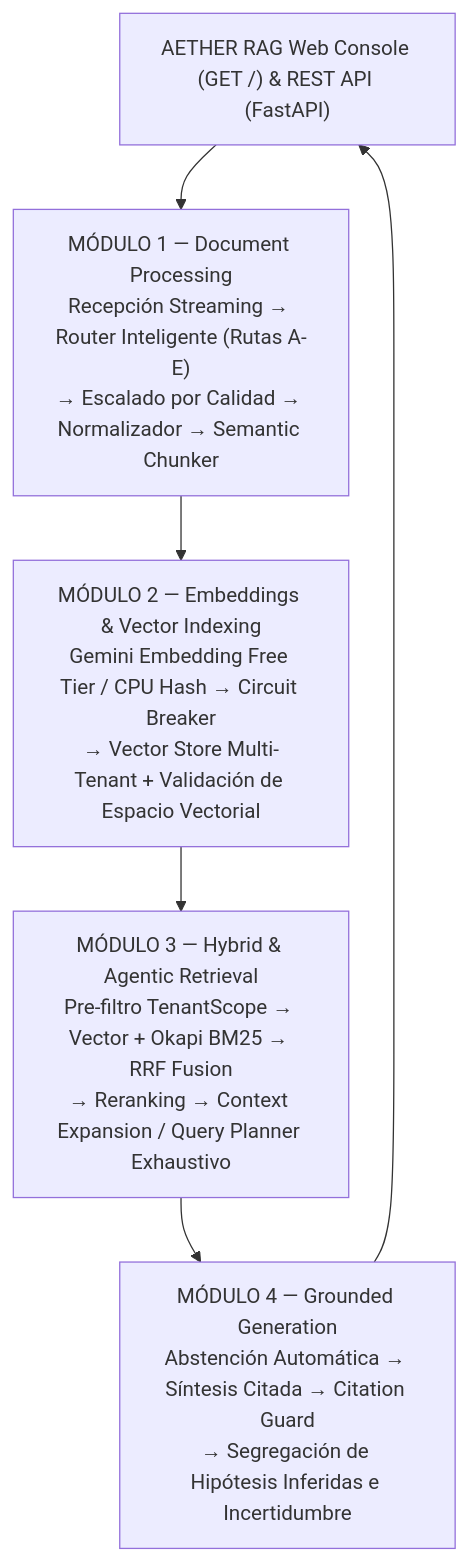
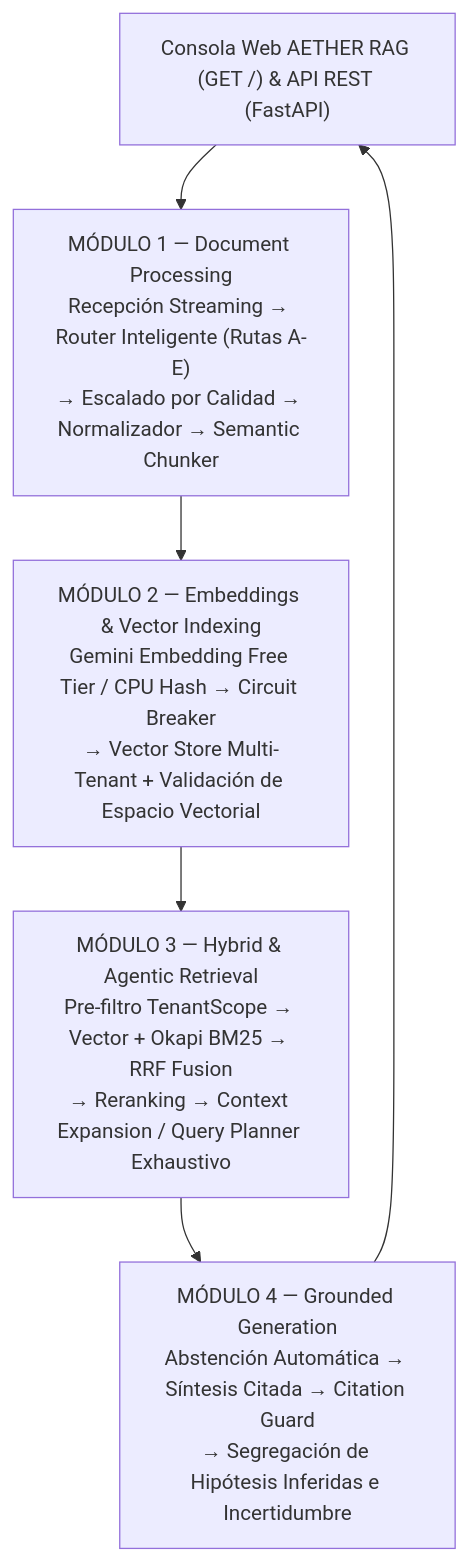
One commit to joanroamora/rag-document-intelligence changed the second of 2 diagrams in README.md. Above: the diagram before and after it, drawn with Mermaid. The commit also changed other lines of this file, not shown here.

````diff
--- a/README.md
+++ b/README.md
@@ -9,14 +118,14 @@
 ```mermaid
 flowchart TD
-    UI["AETHER RAG Web Console (GET /) & REST API (FastAPI)"]
+    UI["Consola Web AETHER RAG (GET /) & API REST (FastAPI)"]
     M1["MÓDULO 1 — Document Processing\nRecepción Streaming → Router Inteligente (Rutas A-E)\n→ Escalado por Calidad → Normalizador → Semantic Chunker"]
     M2["MÓDULO 2 — Embeddings & Vector Indexing\nGemini Embedding Free Tier / CPU Hash → Circuit Breaker\n→ Vector Store Multi-Tenant + Validación de Espacio Vectorial"]
     M3["MÓDULO 3 — Hybrid & Agentic Retrieval\nPre-filtro TenantScope → Vector + Okapi BM25 → RRF Fusion\n→ Reranking → Context Expansion / Query Planner Exhaustivo"]
     M4["MÓDULO 4 — Grounded Generation\nAbstención Automática → Síntesis Citada → Citation Guard\n→ Segregación de Hipótesis Inferidas e Incertidumbre"]
 
     UI --> M1
     M1 --> M2
     M2 --> M3
     M3 --> M4
     M4 --> UI
 ```
````
